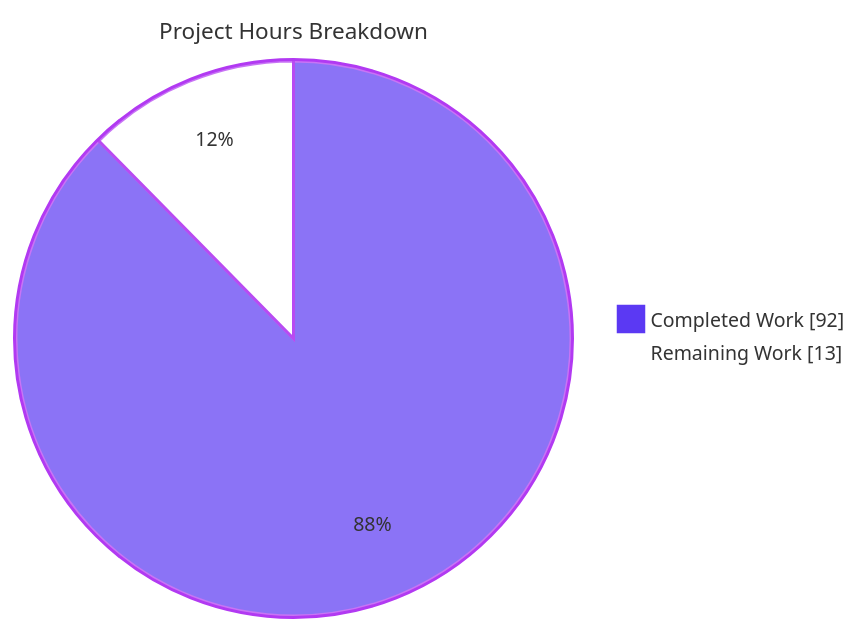
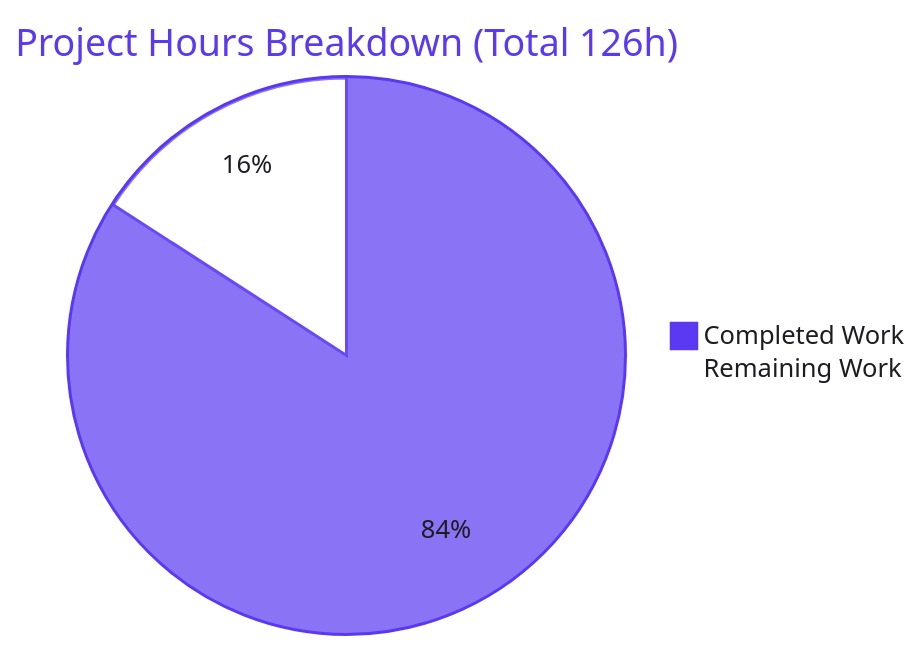
The second of 3 diagrams in blitzy/documentation/Project Guide.md (hitesh-blitzy/test-1), drawn with Mermaid before and after one commit. The commit also changed other lines of this file, not shown here.

Commit message:
Adding Blitzy Project Guide: Project Status and Human Tasks Remaining

````diff
--- a/blitzy/documentation/Project Guide.md
+++ b/blitzy/documentation/Project Guide.md
@@ -226,7 +235,6 @@
 ```mermaid
-%%{init: {'theme':'base','themeVariables':{'pie1':'#5B39F3','pie2':'#FFFFFF','pieStrokeColor':'#B23AF2','pieStrokeWidth':'2px','pieOuterStrokeWidth':'2px','pieOuterStrokeColor':'#B23AF2','pieTitleTextSize':'15px','pieSectionTextSize':'13px','pieLegendTextSize':'13px'}}}%%
-pie showData
-    title Project Hours Breakdown
-    "Completed Work" : 92
-    "Remaining Work" : 13
+%%{init: {"theme":"base","themeVariables":{"pie1":"#5B39F3","pie2":"#FFFFFF","pieStrokeColor":"#5B39F3","pieStrokeWidth":"2px","pieOuterStrokeColor":"#5B39F3","pieOuterStrokeWidth":"2px","pieTitleTextColor":"#5B39F3","pieLegendTextColor":"#1c1c22","pieSectionTextColor":"#1c1c22"}}}%%
+pie title Project Hours Breakdown (Total 126h)
+    "Completed Work" : 106
+    "Remaining Work" : 20
 ```
````
